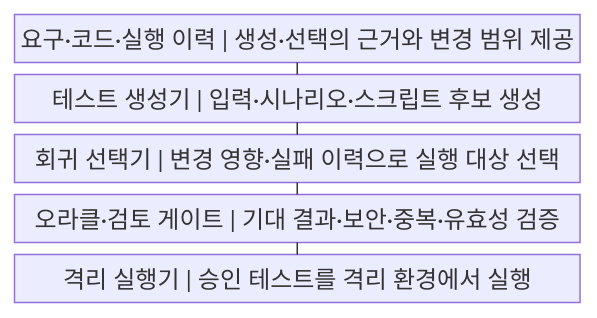
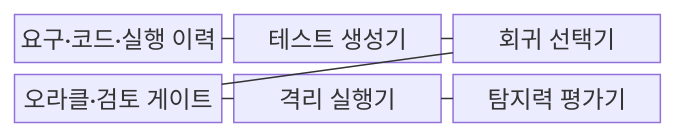
The first of 2 diagrams in src/content/docs/notes/03-software/207_ai_test_automation.md (agnusdei1207/knowledge-base), drawn with Mermaid before and after one commit. The commit also changed other lines of this file and 238 other files, not shown here.

````diff
--- a/src/content/docs/notes/03-software/207_ai_test_automation.md
+++ b/src/content/docs/notes/03-software/207_ai_test_automation.md
@@ -56,13 +56,15 @@
 ```mermaid
-block
-    columns 1
-    A["요구·코드·실행 이력 | 생성·선택의 근거와 변경 범위 제공"]
-    B["테스트 생성기 | 입력·시나리오·스크립트 후보 생성"]
-    C["회귀 선택기 | 변경 영향·실패 이력으로 실행 대상 선택"]
-    D["오라클·검토 게이트 | 기대 결과·보안·중복·유효성 검증"]
-    E["격리 실행기 | 승인 테스트를 격리 환경에서 실행"]
+block-beta
+    columns 3
+    A["요구·코드·실행 이력"]
+    B["테스트 생성기"]
+    C["회귀 선택기"]
+    D["오라클·검토 게이트"]
+    E["격리 실행기"]
+    F["탐지력 평가기"]
     A --- B
     B --- C
     C --- D
     D --- E
+    E --- F
 ```
````
